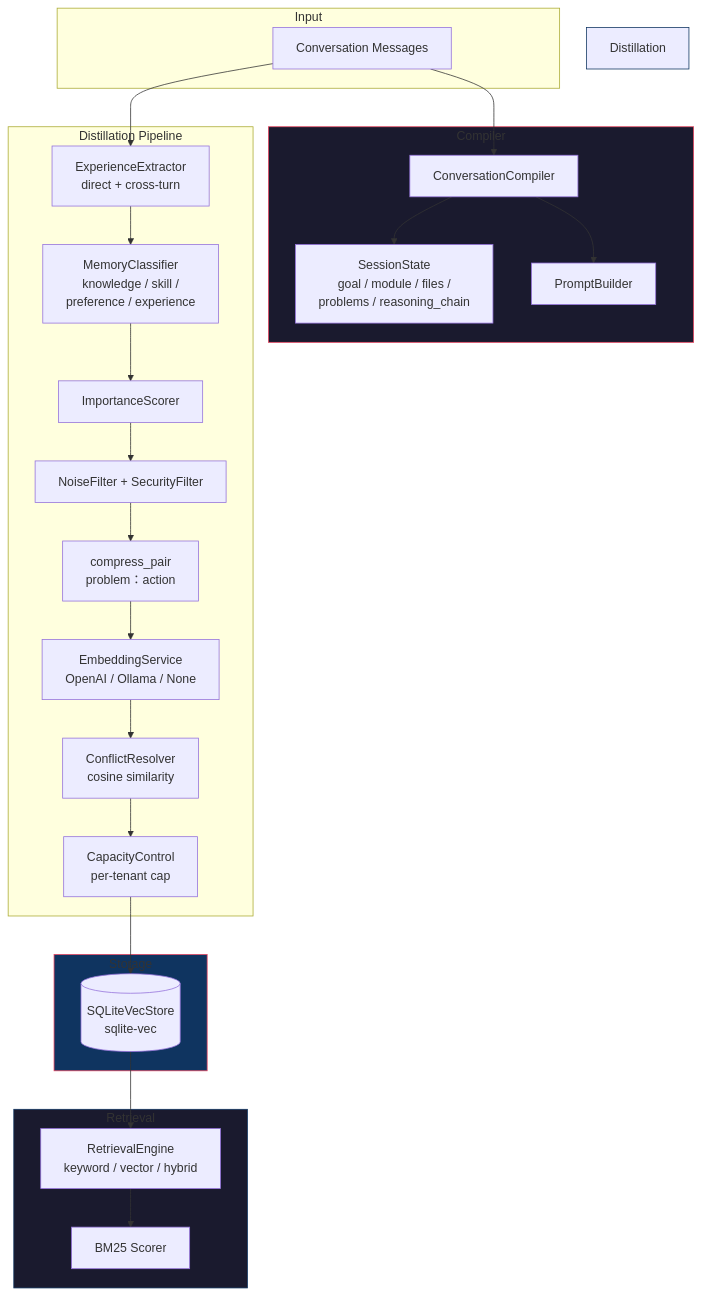
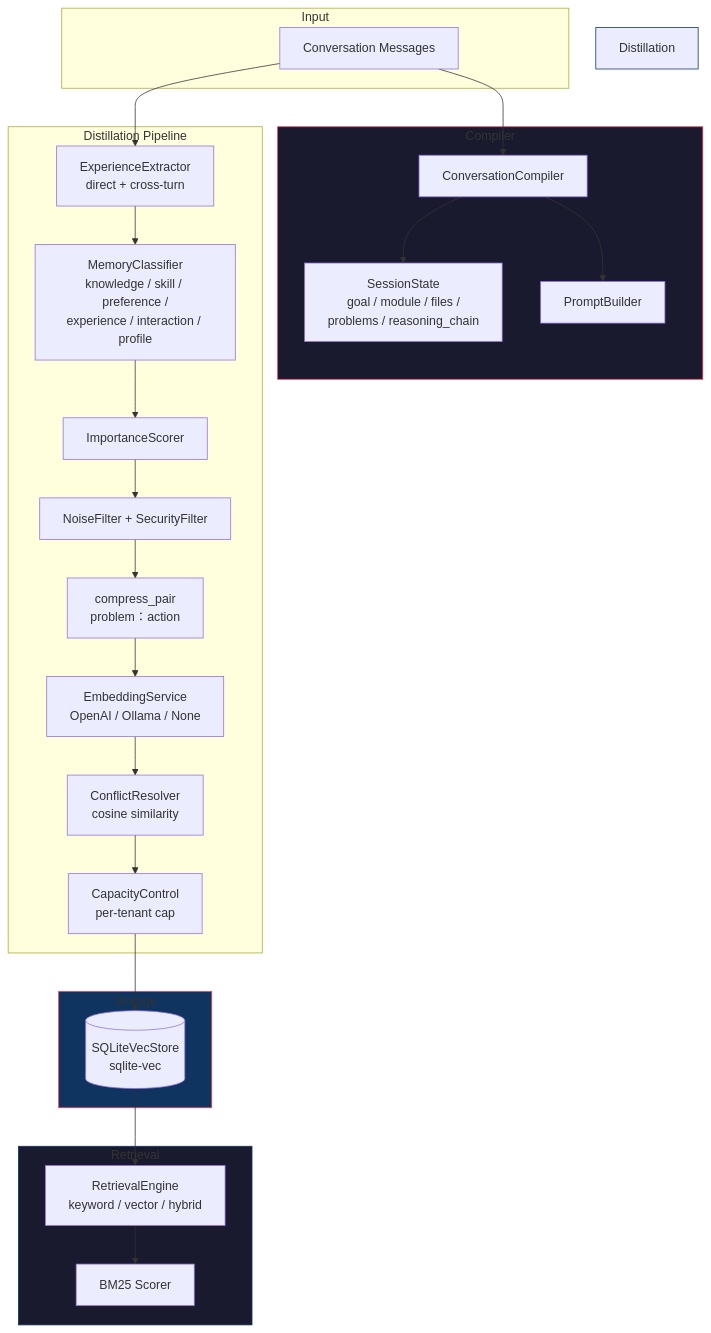
The diagram in README.md (Timwood0x10/Mnemosyne), drawn with Mermaid before and after one commit. The commit also changed other lines of this file and 32 other files, not shown here.

````diff
--- a/README.md
+++ b/README.md
@@ -50,47 +50,47 @@
 ```mermaid
 flowchart TB
     subgraph Input
         M[Conversation Messages]
     end
 
     subgraph Compiler
         CC[ConversationCompiler]
         SS[SessionState<br/>goal / module / files /<br/>problems / reasoning_chain]
         PB[PromptBuilder]
     end
 
     subgraph Distillation Pipeline
         EX[ExperienceExtractor<br/>direct + cross-turn]
-        CF[MemoryClassifier<br/>knowledge / skill /<br/>preference / experience]
+        CF[MemoryClassifier<br/>knowledge / skill / preference /<br/>experience / interaction / profile]
         SC[ImportanceScorer]
         NF[NoiseFilter + SecurityFilter]
         CP[compress_pair<br/>problem：action]
         EM[EmbeddingService<br/>OpenAI / Ollama / None]
         CR[ConflictResolver<br/>cosine similarity]
         CA[CapacityControl<br/>per-tenant cap]
     end
 
     subgraph Storage
         DB[(SQLiteVecStore<br/>sqlite-vec)]
     end
 
     subgraph Retrieval
         RE[RetrievalEngine<br/>keyword / vector / hybrid]
         BM[BM25 Scorer]
     end
 
     M --> CC
     CC --> SS
     CC --> PB
     M --> EX
     EX --> CF --> SC --> NF
     NF --> CP --> EM
     EM --> CR --> CA --> DB
     DB --> RE
     RE --> BM
 
     style Compiler fill:#1a1a2e,stroke:#e94560
     style Distillation Pipeline fill:#16213e,stroke:#0f3460
     style Storage fill:#0f3460,stroke:#e94560
     style Retrieval fill:#1a1a2e,stroke:#0f3460
 ```
````
